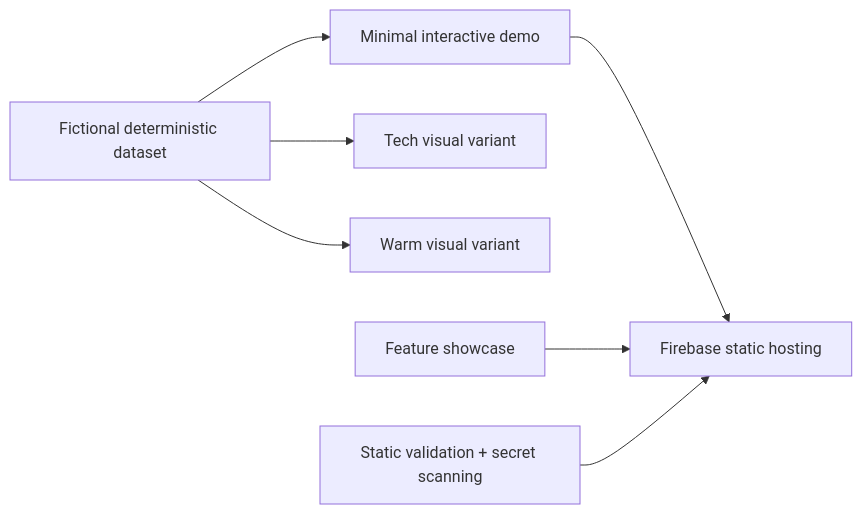
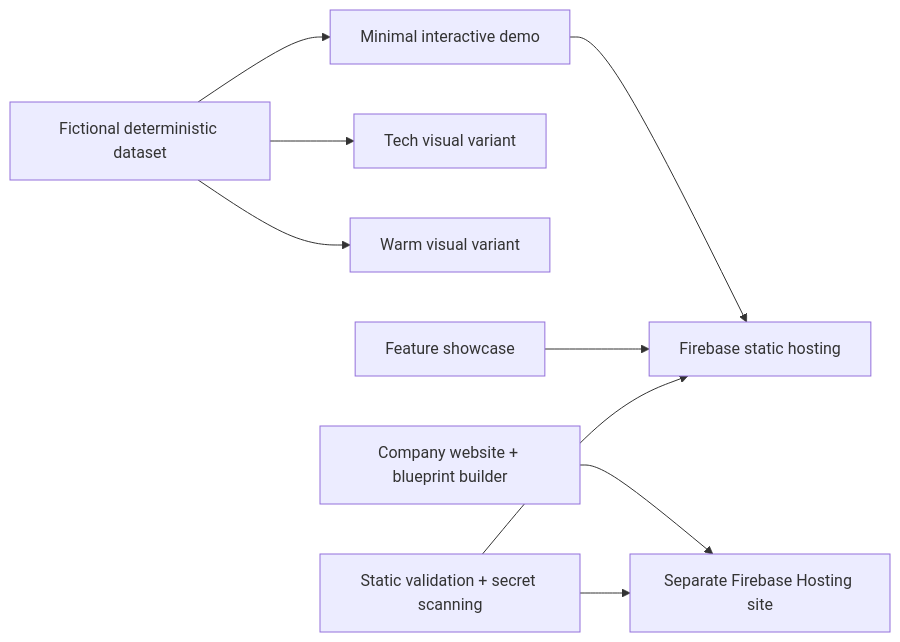
Before and after one commit to zmzhong1/AltusaAI: the diagram in README.md, drawn with Mermaid. The commit also changed other lines of this file and 21 other files, not shown here.

First line of the commit message:
Publish Firebase company site and blueprint builder

````diff
--- a/README.md
+++ b/README.md
@@ -68,9 +74,11 @@
 ```mermaid
 flowchart LR
     D["Fictional deterministic dataset"] --> M["Minimal interactive demo"]
     D --> T["Tech visual variant"]
     D --> W["Warm visual variant"]
     M --> H["Firebase static hosting"]
     F["Feature showcase"] --> H
+    C["Company website + blueprint builder"] --> CH["Separate Firebase Hosting site"]
     V["Static validation + secret scanning"] --> H
+    V --> CH
 ```
````
